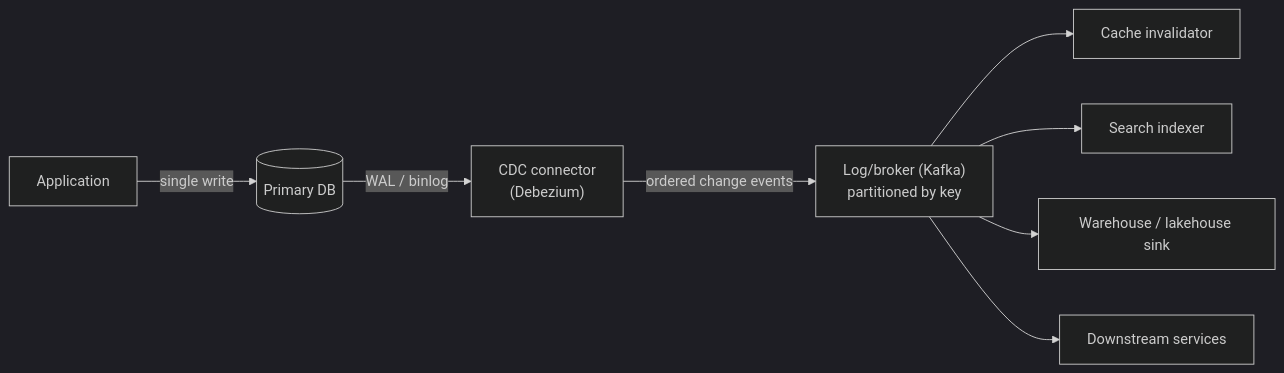
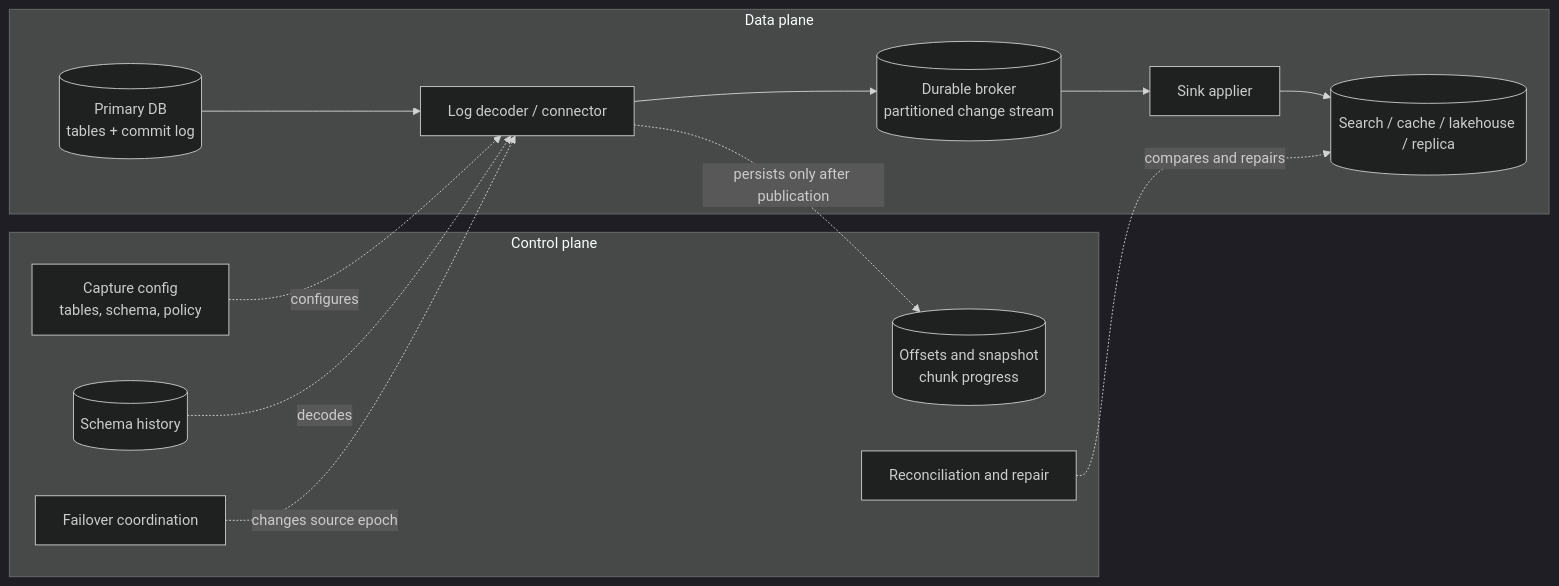
Before and after one commit to babushkai/system-design-patterns: the second of 2 diagrams in 13-data-pipelines/04-change-data-capture.md, drawn with Mermaid (dark theme). The commit also changed other lines of this file and 190 other files, not shown here.

````diff
--- a/13-data-pipelines/04-change-data-capture.md
+++ b/13-data-pipelines/04-change-data-capture.md
@@ -23,10 +80,25 @@
-```mermaid
-graph LR
-    APP["Application"] -->|single write| DB[("Primary DB")]
-    DB -->|"WAL / binlog"| CDC["CDC connector<br/>(Debezium)"]
-    CDC -->|"ordered change events"| K["Log/broker (Kafka)<br/>partitioned by key"]
-    K --> C1["Cache invalidator"]
-    K --> C2["Search indexer"]
-    K --> C3["Warehouse / lakehouse sink"]
-    K --> C4["Downstream services"]
-```
+~~~mermaid
+flowchart LR
+    subgraph DP["Data plane"]
+        DB[("Primary DB<br/>tables + commit log")]
+        C["Log decoder / connector"]
+        B[("Durable broker<br/>partitioned change stream")]
+        A["Sink applier"]
+        S[("Search / cache / lakehouse / replica")]
+        DB --> C --> B --> A --> S
+    end
+
+    subgraph CP["Control plane"]
+        CFG["Capture config<br/>tables, schema, policy"]
+        OFF[("Offsets and snapshot<br/>chunk progress")]
+        SCH[("Schema history")]
+        REC["Reconciliation and repair"]
+        FAIL["Failover coordination"]
+    end
+
+    CFG -.configures.-> C
+    C -.persists only after publication.-> OFF
+    SCH -.decodes.-> C
+    FAIL -.changes source epoch.-> C
+    REC -.compares and repairs.-> S
+~~~
````
